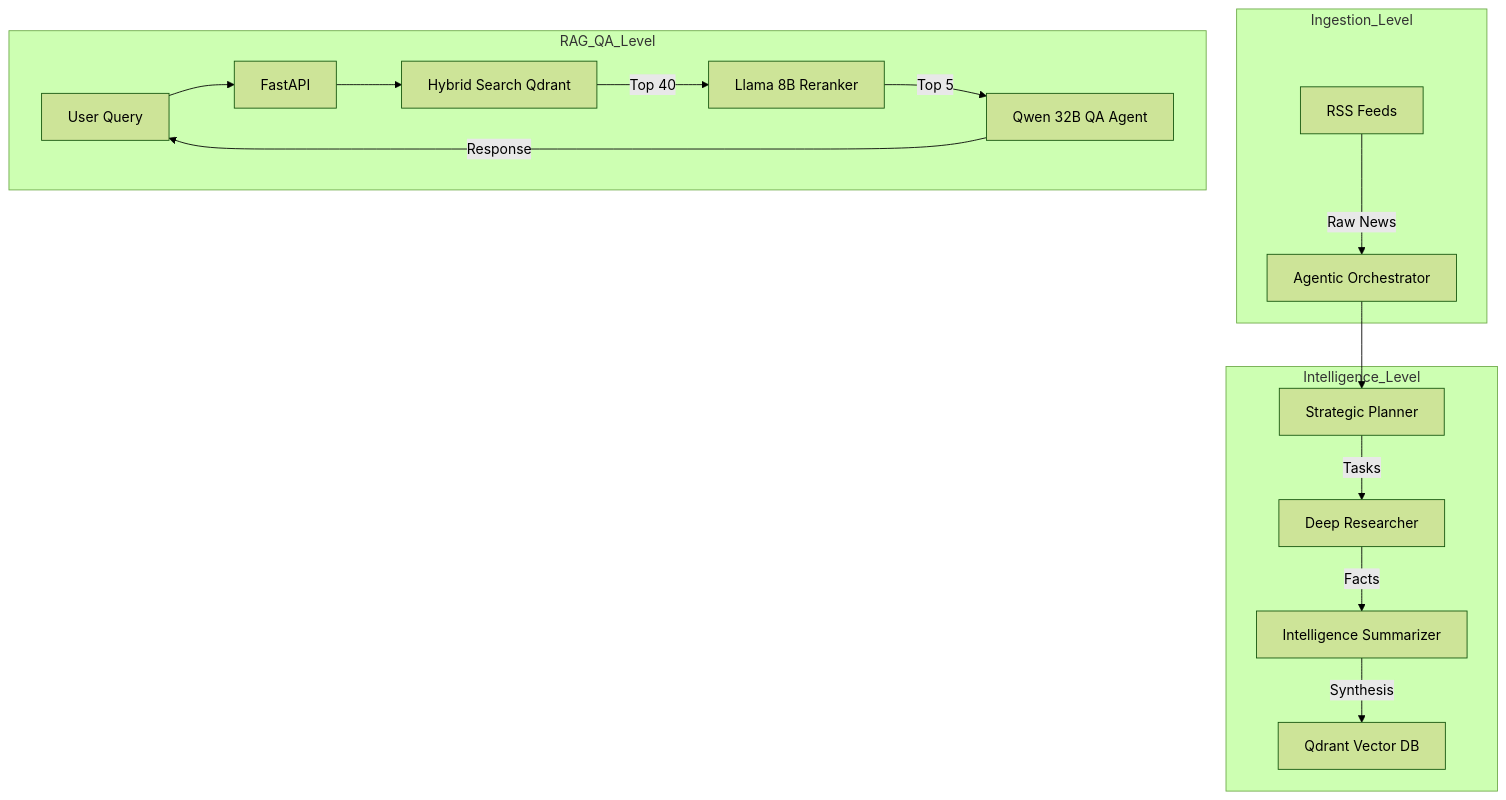
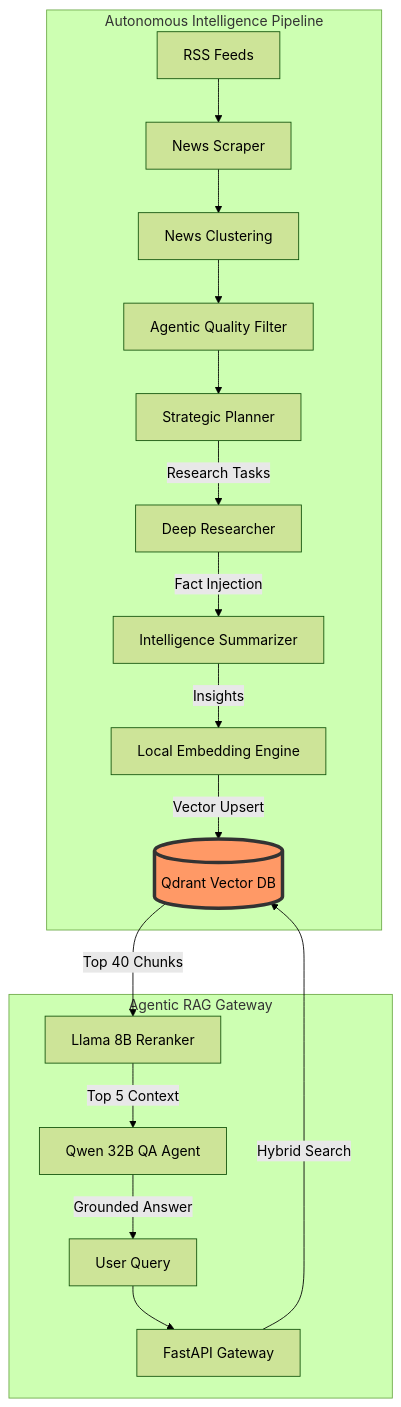
Before and after one commit to flxhrdyn/Sekilas.ai: the diagram in README.md, drawn with Mermaid (forest theme).

Commit message:
docs: restore and update deployment guide for MAS

````diff
--- a/README.md
+++ b/README.md
@@ -60,21 +60,23 @@
 ```mermaid
 graph TD
-    subgraph Ingestion_Level
-        RSS[RSS Feeds] -->|Raw News| LG[Agentic Orchestrator]
+    subgraph Pipeline [Autonomous Intelligence Pipeline]
+        RSS[RSS Feeds] --> Scrape[News Scraper]
+        Scrape --> Cluster[News Clustering]
+        Cluster --> Filter[Agentic Quality Filter]
+        Filter --> Planner[Strategic Planner]
+        Planner -->|Research Tasks| Research[Deep Researcher]
+        Research -->|Fact Injection| Summarizer[Intelligence Summarizer]
+        Summarizer -->|Insights| Embed[Local Embedding Engine]
+        Embed -->|Vector Upsert| QDR[(Qdrant Vector DB)]
     end
     
-    subgraph Intelligence_Level
-        LG --> Planner[Strategic Planner]
-        Planner -->|Tasks| Research[Deep Researcher]
-        Research -->|Facts| Summarizer[Intelligence Summarizer]
-        Summarizer -->|Synthesis| QDR[Qdrant Vector DB]
+    subgraph Application [Agentic RAG Gateway]
+        User[User Query] --> API[FastAPI Gateway]
+        API -->|Hybrid Search| QDR
+        QDR -->|Top 40 Chunks| Rerank[Llama 8B Reranker]
+        Rerank -->|Top 5 Context| Qwen[Qwen 32B QA Agent]
+        Qwen -->|Grounded Answer| User
     end
-    
-    subgraph RAG_QA_Level
-        User[User Query] --> API[FastAPI]
-        API --> Hybrid[Hybrid Search Qdrant]
-        Hybrid -->|Top 40| Rerank[Llama 8B Reranker]
-        Rerank -->|Top 5| Qwen[Qwen 32B QA Agent]
-        Qwen -->|Response| User
-    end
+
+    style QDR fill:#f96,stroke:#333,stroke-width:4px
 ```
````
